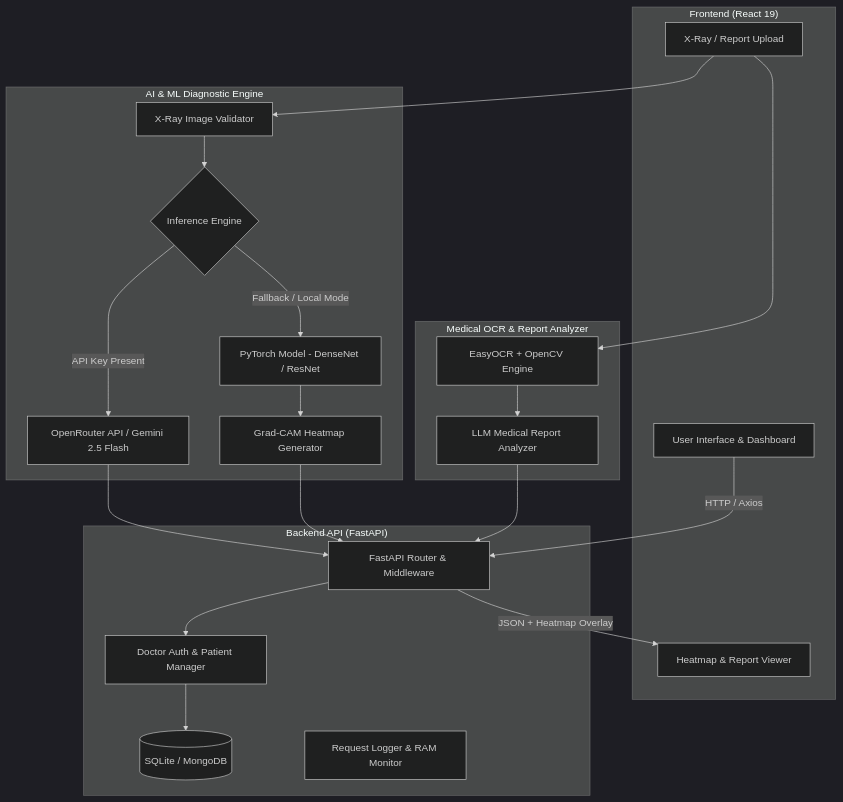
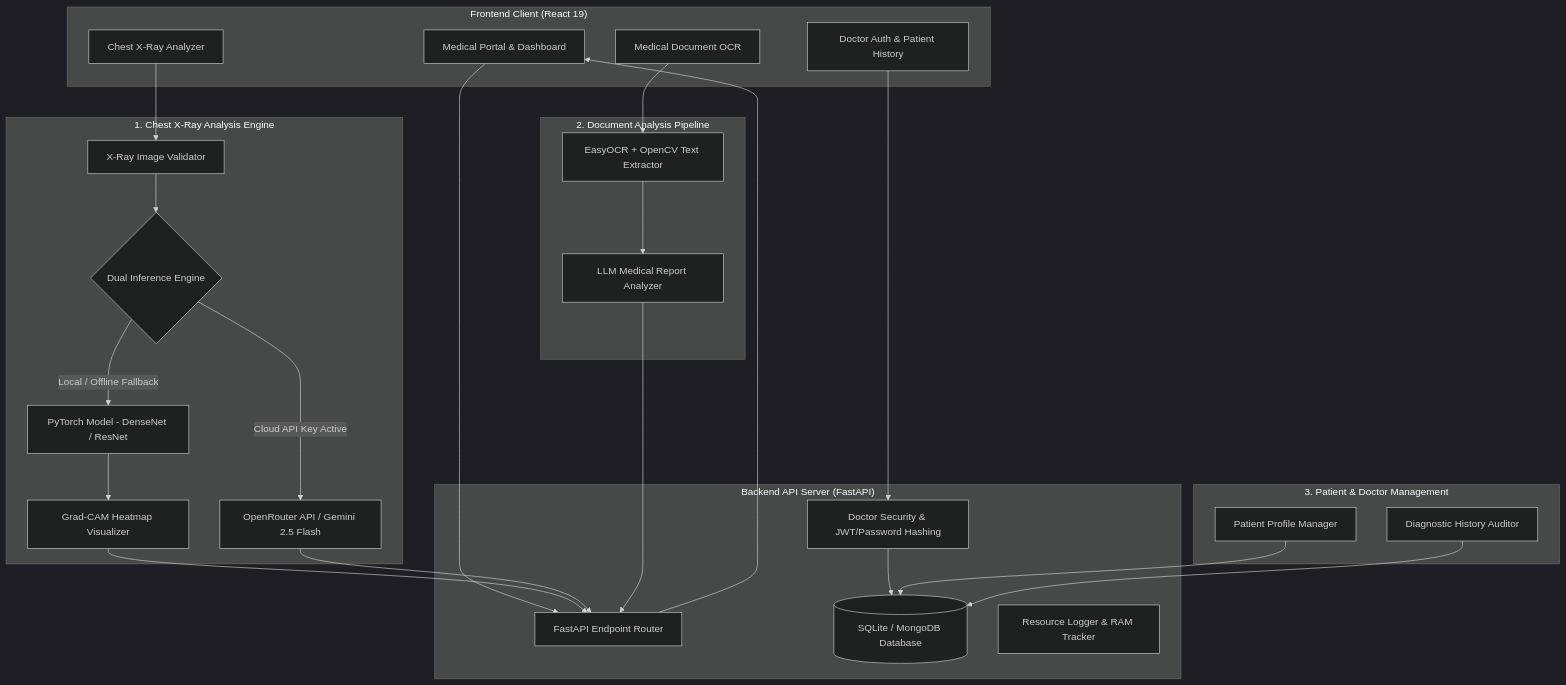
Before and after one commit to Varsha-s-gowda/MediscanAI: the diagram in README.md, drawn with Mermaid (dark theme). The commit also changed other lines of this file, not shown here.

````diff
--- a/README.md
+++ b/README.md
@@ -11,43 +11,54 @@
 ```mermaid
 graph TD
-    subgraph Client ["Frontend (React 19)"]
-        UI[User Interface & Dashboard]
-        Upload[X-Ray / Report Upload]
-        Viewer[Heatmap & Report Viewer]
+    subgraph Client ["Frontend Client (React 19)"]
+        UI[Medical Portal & Dashboard]
+        XrayModule[Chest X-Ray Analyzer]
+        DocModule[Medical Document OCR]
+        HistModule[Doctor Auth & Patient History]
     end
 
-    subgraph Backend ["Backend API (FastAPI)"]
-        API[FastAPI Router & Middleware]
-        DB[(SQLite / MongoDB)]
-        Auth[Doctor Auth & Patient Manager]
-        Middleware[Request Logger & RAM Monitor]
+    subgraph Backend ["Backend API Server (FastAPI)"]
+        API[FastAPI Endpoint Router]
+        AuthEngine[Doctor Security & JWT/Password Hashing]
+        DB[(SQLite / MongoDB Database)]
+        Middleware[Resource Logger & RAM Tracker]
     end
 
-    subgraph AIEngine ["AI & ML Diagnostic Engine"]
-        Engine{Inference Engine}
-        OpenRouter[OpenRouter API / Gemini 2.5 Flash]
+    subgraph Pillar1 ["1. Chest X-Ray Analysis Engine"]
+        Validator[X-Ray Image Validator]
+        Router{Dual Inference Engine}
+        CloudLLM[OpenRouter API / Gemini 2.5 Flash]
         LocalTorch[PyTorch Model - DenseNet / ResNet]
-        GradCAM[Grad-CAM Heatmap Generator]
-        Validator[X-Ray Image Validator]
+        GradCAM[Grad-CAM Heatmap Visualizer]
     end
 
-    subgraph OCRPipeline ["Medical OCR & Report Analyzer"]
-        OCR[EasyOCR + OpenCV Engine]
+    subgraph Pillar2 ["2. Document Analysis Pipeline"]
+        EasyOCR[EasyOCR + OpenCV Text Extractor]
         ReportLLM[LLM Medical Report Analyzer]
     end
 
-    UI -->|HTTP / Axios| API
-    API --> Auth
-    Auth --> DB
-    Upload --> Validator
-    Validator --> Engine
-    Engine -->|API Key Present| OpenRouter
-    Engine -->|Fallback / Local Mode| LocalTorch
+    subgraph Pillar3 ["3. Patient & Doctor Management"]
+        PatientRec[Patient Profile Manager]
+        ScanLog[Diagnostic History Auditor]
+    end
+
+    UI --> API
+    XrayModule --> Validator
+    Validator --> Router
+    Router -->|Cloud API Key Active| CloudLLM
+    Router -->|Local / Offline Fallback| LocalTorch
     LocalTorch --> GradCAM
-    Upload --> OCR
-    OCR --> ReportLLM
+    
+    DocModule --> EasyOCR
+    EasyOCR --> ReportLLM
+    
+    HistModule --> AuthEngine
+    AuthEngine --> DB
+    PatientRec --> DB
+    ScanLog --> DB
+
+    GradCAM --> API
+    CloudLLM --> API
     ReportLLM --> API
-    GradCAM --> API
-    OpenRouter --> API
-    API -->|JSON + Heatmap Overlay| Viewer
+    API --> UI
 ```
````
